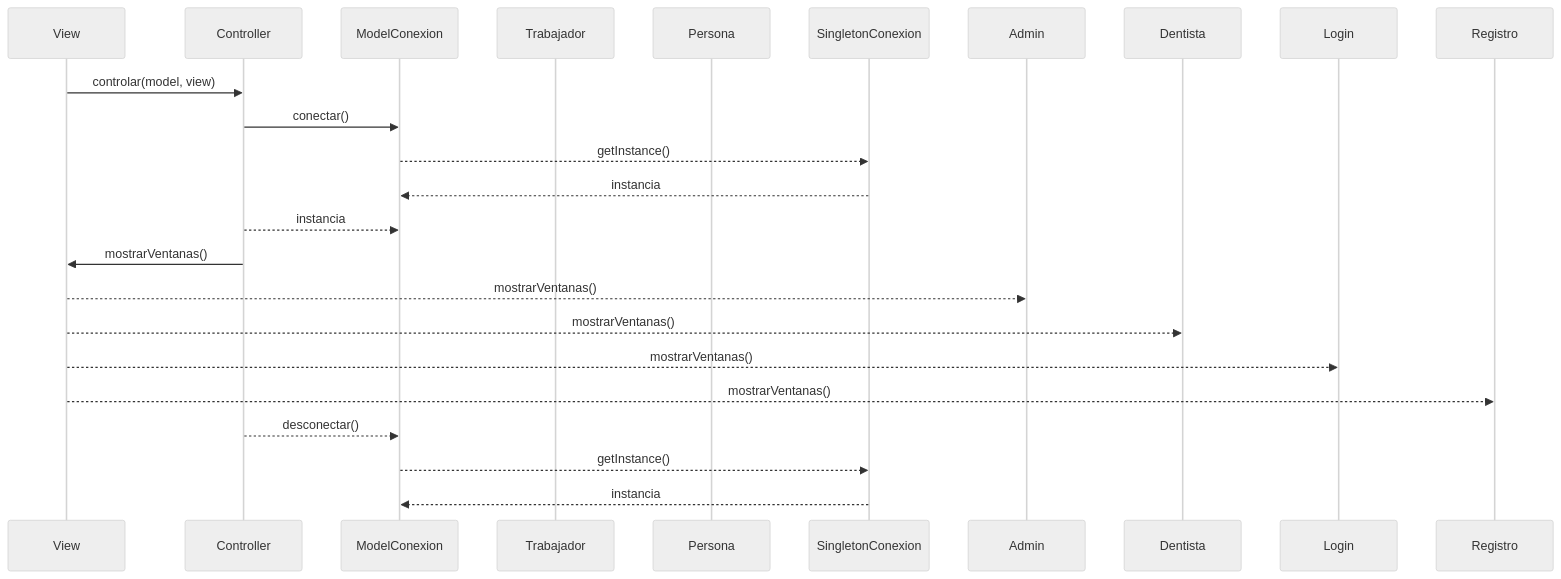
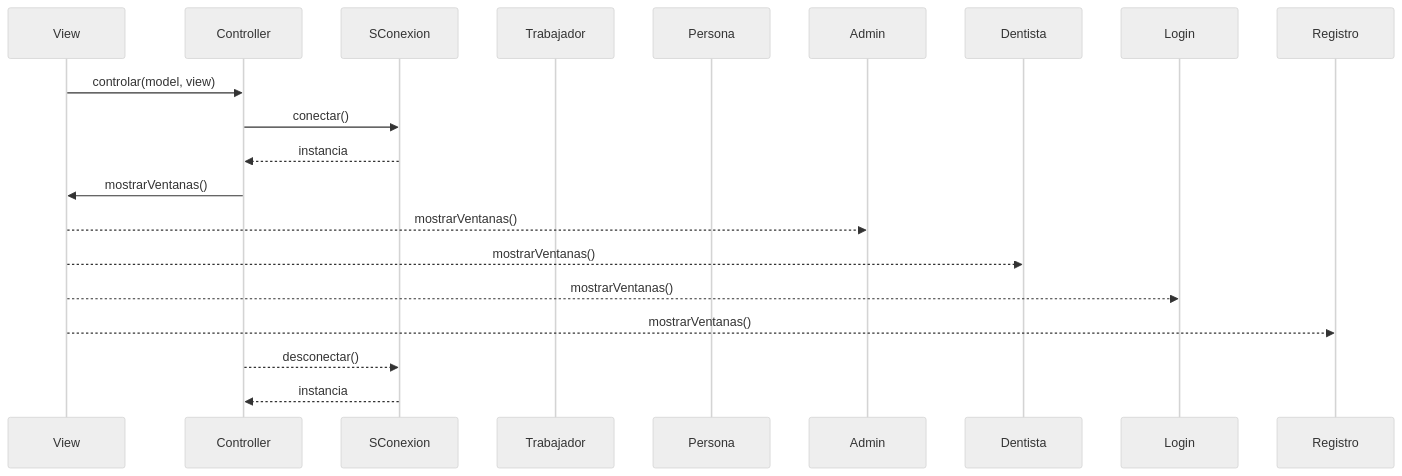
One commit to marcosfa00/MVC_Clinica_Dental changed the second of 2 diagrams in ClinicaAvendanhoDuran/Readme.md. Above: the diagram before and after it, drawn with Mermaid (neutral theme). The commit also changed other lines of this file and 7 other files, not shown here.

`````diff
--- a/ClinicaAvendanhoDuran/Readme.md
+++ b/ClinicaAvendanhoDuran/Readme.md
@@ -97,25 +97,24 @@
 ````mermaid
 sequenceDiagram
     participant View
     participant Controller
-    participant ModelConexion
+    participant SConexion
     participant Trabajador
     participant Persona
-    participant SingletonConexion
 
     View->>Controller: controlar(model, view)
-    Controller->>ModelConexion: conectar()
-    ModelConexion-->>SingletonConexion: getInstance()
-    SingletonConexion-->>ModelConexion: instancia
-    Controller-->>ModelConexion: instancia
+    Controller->>SConexion: conectar()
+    SConexion-->>Controller: instancia
     Controller->>View: mostrarVentanas()
     View-->>Admin: mostrarVentanas()
     View-->>Dentista: mostrarVentanas()
     View-->>Login: mostrarVentanas()
     View-->>Registro: mostrarVentanas()
-    Controller-->>ModelConexion: desconectar()
-    ModelConexion-->>SingletonConexion: getInstance()
-    SingletonConexion-->>ModelConexion: instancia
+    Controller-->>SConexion: desconectar()
+    SConexion-->>Controller: instancia
+
+
+
 
 
 ````
`````
